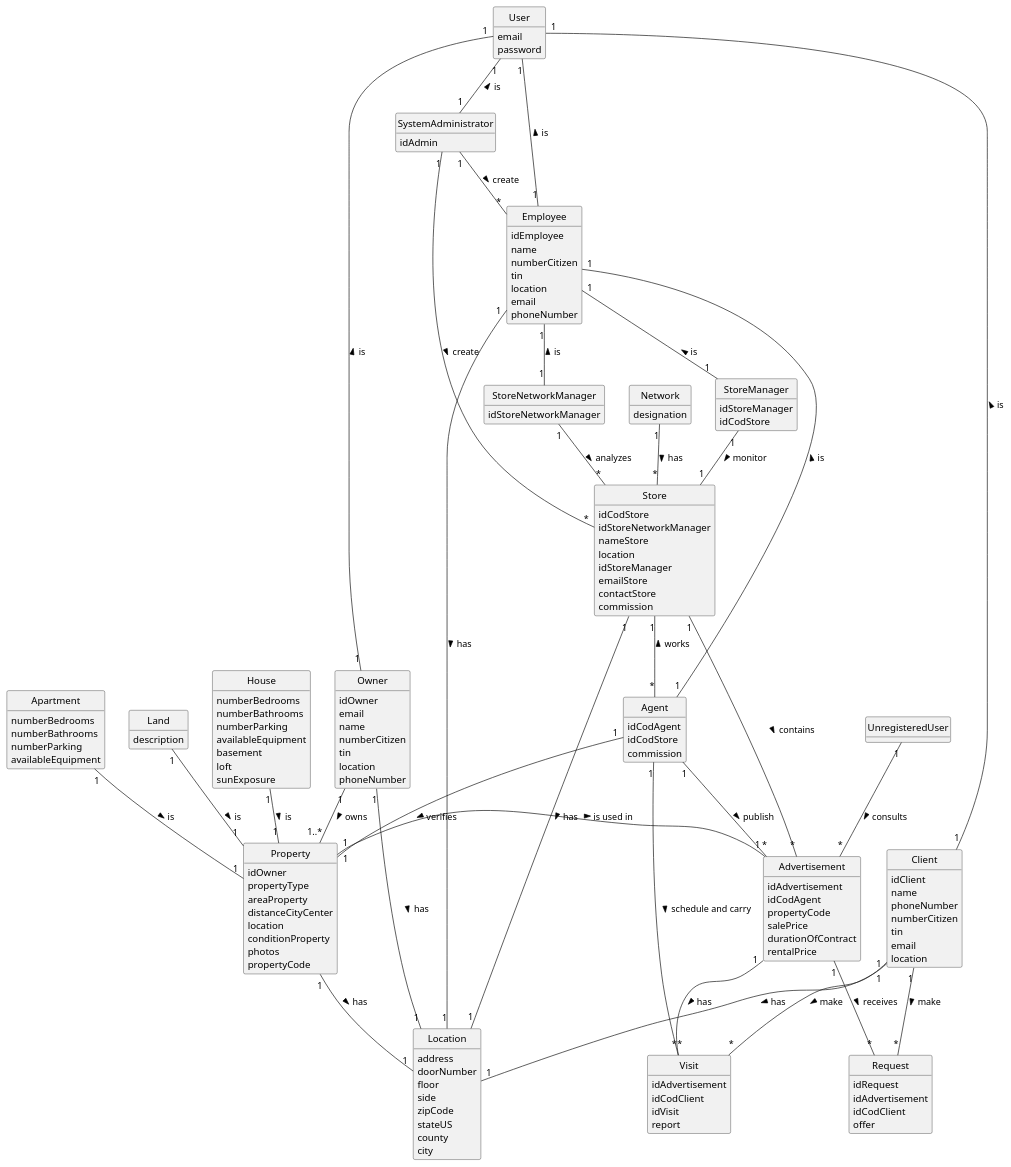
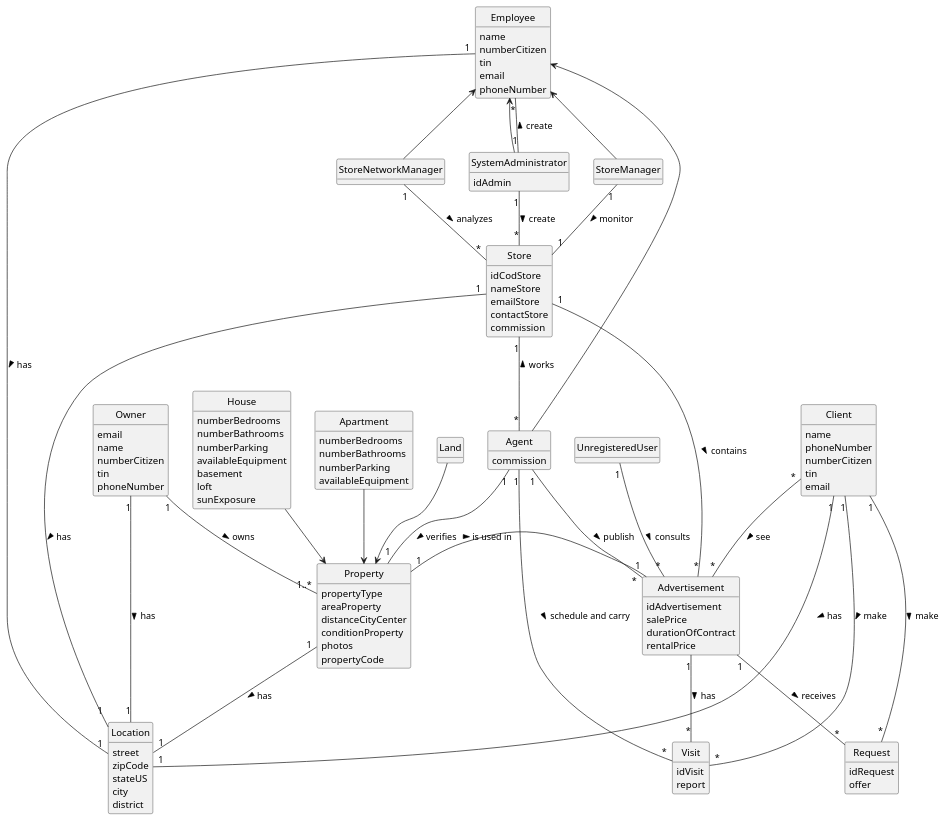
The diagram in docs/sprintA/global-artifacts/02.analysis/puml/project-domain-model.puml (PEDROMOREIRA45/lei-23-s2-1dg-g31), drawn with PlantUML before and after one commit. The commit also changed 3 other files, not shown here.

```diff
--- a/docs/sprintA/global-artifacts/02.analysis/puml/project-domain-model.puml
+++ b/docs/sprintA/global-artifacts/02.analysis/puml/project-domain-model.puml
@@ -1,179 +1,141 @@
 @startuml
 'https://plantuml.com/class-diagram
 skinparam monochrome true
 skinparam packageStyle rectangle
 skinparam shadowing false
 hide circle
 hide methods
 
-class Network{
-    designation
-}
 
 class Employee{
-    idEmployee
     name
     numberCitizen
     tin
-    location
     email
     phoneNumber
 }
 
 class Client {
-    idClient
     name
     phoneNumber
     numberCitizen
     tin
     email
-    location
 }
 
 class Owner {
-    idOwner
     email
     name
     numberCitizen
     tin
-    location
     phoneNumber
 }
 
 class Agent {
-    idCodAgent
-    idCodStore
     commission
 }
 
 class Advertisement {
     idAdvertisement
-    idCodAgent
-    propertyCode
     salePrice
     durationOfContract
     rentalPrice
 }
 
 class Property{
-    idOwner
     propertyType
     areaProperty
     distanceCityCenter
-    location
     conditionProperty
     photos
     propertyCode
 }
 
 class House {
     numberBedrooms
     numberBathrooms
     numberParking
     availableEquipment
     basement
     loft
     sunExposure
 }
 
 class Apartment{
     numberBedrooms
     numberBathrooms
     numberParking
     availableEquipment
 }
 
-class Land{
-    description
-}
+class Land
 
 class Store{
     idCodStore
-    idStoreNetworkManager
     nameStore
-    location
-    idStoreManager
     emailStore
     contactStore
     commission
 }
 
 class Visit{
-    idAdvertisement
-    idCodClient
     idVisit
     report
 }
 
 class Location {
-    address
-    doorNumber
-    floor
-    side
+    street
     zipCode
     stateUS
-    county
     city
+    district
 }
 
 class StoreManager {
-    idStoreManager
-    idCodStore
 }
 
 class StoreNetworkManager {
-    idStoreNetworkManager
 }
 
 class Request{
     idRequest
-    idAdvertisement
-    idCodClient
     offer
-}
-
-class User{
-    email
-    password
 }
 
 class SystemAdministrator{
     idAdmin
 }
 
 class UnregisteredUser
 
 Owner "1" -- "1..*" Property: owns >
 Agent "1" -- "*" Advertisement: publish >
-House "1" -- "1" Property: is >
-Apartment "1" -- "1" Property: is >
-Land "1" -- "1"  Property: is >
+House --> Property
+Apartment --> Property
+Land -->  Property
 Store "1" -- "*" Agent: works <
 StoreManager "1" -- "1" Store:  monitor >
 Property "1" -- "1" Location: has >
 StoreNetworkManager "1" -- "*" Store:  analyzes >
-Employee "1" -- "1" Agent: is <
-Employee "1" -- "1" StoreManager: is <
-Employee "1" -- "1" StoreNetworkManager: is <
+Employee <-- Agent
+Employee <-- StoreManager
+Employee <-- StoreNetworkManager
 Advertisement"1" -- "*"Request: receives >
 Client"1" -- "*"Request: make >
 Store"1" -- "1"Location: has >
 Advertisement "1" -- "*" Visit: has >
 Client "1" -- "*" Visit: make >
 Agent "1" -- "*" Visit: schedule and carry >
-User "1" -- "1" Employee: is <
-User "1" -- "1" Owner: is <
-User "1" -- "1" Client: is <
 Property "1" - "1" Advertisement: is used in >
 Client "1" -- "1" Location: has >
 Employee "1" -- "1" Location: has >
 Owner "1" -- "1" Location: has >
 Agent "1" -- "1" Property: verifies >
 Store "1" -- "*" Advertisement: contains >
 UnregisteredUser "1" -- "*" Advertisement: consults >
 SystemAdministrator "1" -- "*" Store: create >
 SystemAdministrator "1" -- "*" Employee: create >
-User "1" -- "1" SystemAdministrator: is <
-Network "1" -- "*" Store: has >
+Client "*" -- "*" Advertisement: see >
+Employee <-- SystemAdministrator
 
 @enduml
```
